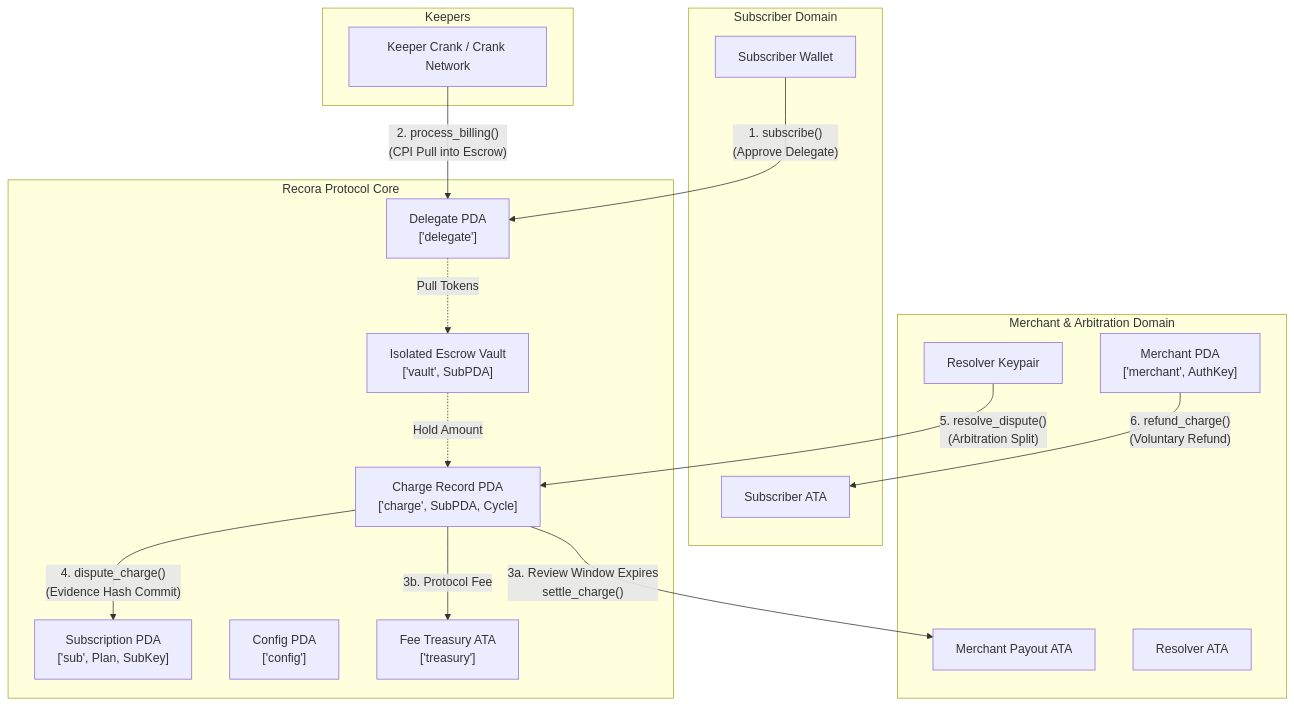
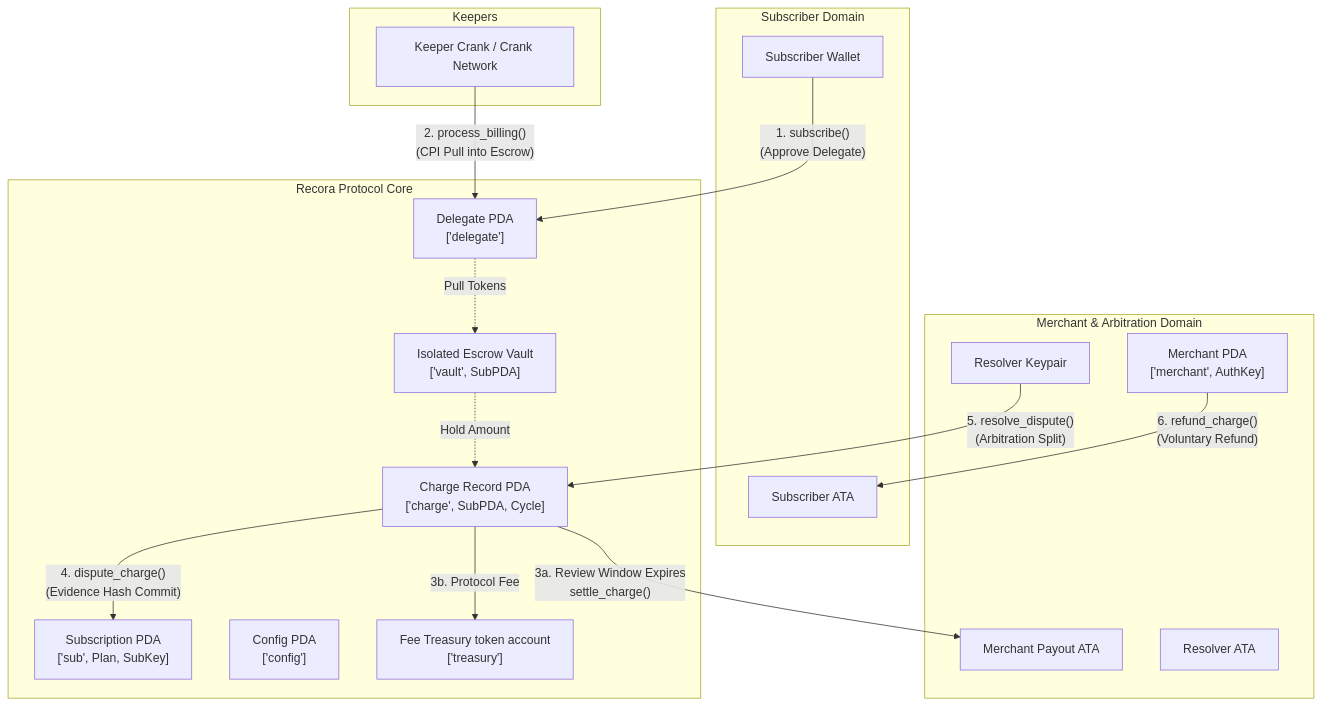
One commit to Anon1one/recora changed the first of 4 diagrams in docs/SECURITY_AUDIT.md. Above: the diagram before and after it, drawn with Mermaid. The commit also changed other lines of this file and 4 other files, not shown here.

````diff
--- a/docs/SECURITY_AUDIT.md
+++ b/docs/SECURITY_AUDIT.md
@@ -19,38 +21,38 @@
 ```mermaid
 flowchart TD
     subgraph Subscriber Domain
         SubWallet["Subscriber Wallet"]
         SubATA["Subscriber ATA"]
     end
 
     subgraph Recora Protocol Core
         DelegatePDA["Delegate PDA<br/>['delegate']"]
         SubPDA["Subscription PDA<br/>['sub', Plan, SubKey]"]
         VaultPDA["Isolated Escrow Vault<br/>['vault', SubPDA]"]
         ChargePDA["Charge Record PDA<br/>['charge', SubPDA, Cycle]"]
         ConfigPDA["Config PDA<br/>['config']"]
-        TreasuryPDA["Fee Treasury ATA<br/>['treasury']"]
+        TreasuryPDA["Fee Treasury token account<br/>['treasury']"]
     end
 
     subgraph Merchant & Arbitration Domain
         MerchantPDA["Merchant PDA<br/>['merchant', AuthKey]"]
         MerchantATA["Merchant Payout ATA"]
         ResolverWallet["Resolver Keypair"]
         ResolverATA["Resolver ATA"]
     end
 
     subgraph Keepers
         Crank["Keeper Crank / Crank Network"]
     end
 
     SubWallet -->|"1. subscribe()<br/>(Approve Delegate)"| DelegatePDA
     Crank -->|"2. process_billing()<br/>(CPI Pull into Escrow)"| DelegatePDA
     DelegatePDA -.->|"Pull Tokens"| VaultPDA
     VaultPDA -.->|"Hold Amount"| ChargePDA
 
     ChargePDA -->|"3a. Review Window Expires<br/>settle_charge()"| MerchantATA
     ChargePDA -->|"3b. Protocol Fee"| TreasuryPDA
     ChargePDA -->|"4. dispute_charge()<br/>(Evidence Hash Commit)"| SubPDA
     ResolverWallet -->|"5. resolve_dispute()<br/>(Arbitration Split)"| ChargePDA
     MerchantPDA -->|"6. refund_charge()<br/>(Voluntary Refund)"| SubATA
 ```
````
